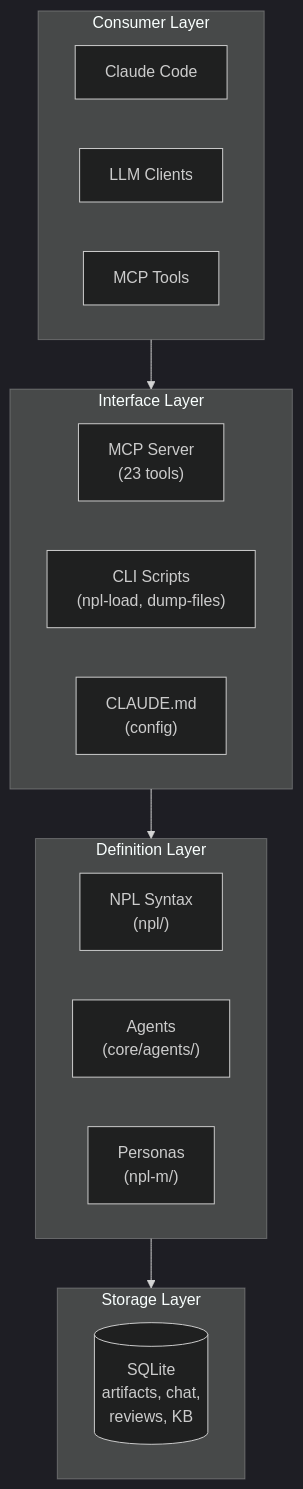
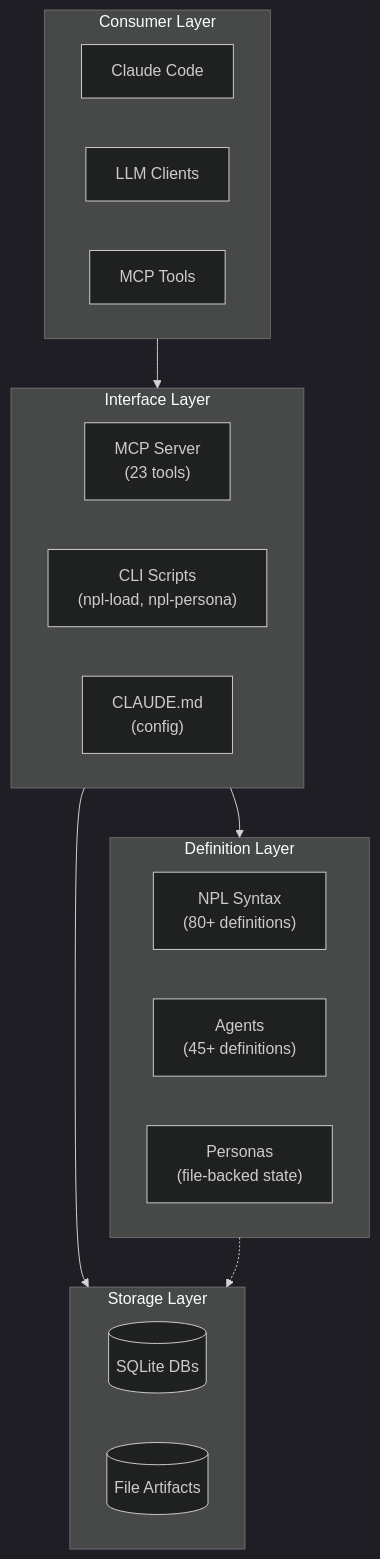
The diagram in docs/PROJECT-ARCH.md (noizu-labs-ml/NoizuPromptLingo), drawn with Mermaid (dark theme) before and after one commit. The commit also changed other lines of this file and 5 other files, not shown here.

````diff
--- a/docs/PROJECT-ARCH.md
+++ b/docs/PROJECT-ARCH.md
@@ -22,28 +24,30 @@
 ```mermaid
 flowchart TB
     subgraph Consumer["Consumer Layer"]
         C1["Claude Code"]
         C2["LLM Clients"]
         C3["MCP Tools"]
     end
 
     subgraph Interface["Interface Layer"]
         I1["MCP Server<br/>(23 tools)"]
-        I2["CLI Scripts<br/>(npl-load, dump-files)"]
+        I2["CLI Scripts<br/>(npl-load, npl-persona)"]
         I3["CLAUDE.md<br/>(config)"]
     end
 
     subgraph Definition["Definition Layer"]
-        D1["NPL Syntax<br/>(npl/)"]
-        D2["Agents<br/>(core/agents/)"]
-        D3["Personas<br/>(npl-m/)"]
+        D1["NPL Syntax<br/>(80+ definitions)"]
+        D2["Agents<br/>(45+ definitions)"]
+        D3["Personas<br/>(file-backed state)"]
     end
 
     subgraph Storage["Storage Layer"]
-        S1[("SQLite<br/>artifacts, chat,<br/>reviews, KB")]
+        S1[("SQLite DBs")]
+        S2[("File Artifacts")]
     end
 
     Consumer --> Interface
     Interface --> Definition
-    Definition --> Storage
+    Interface --> Storage
+    Definition -.-> Storage
 ```
````
